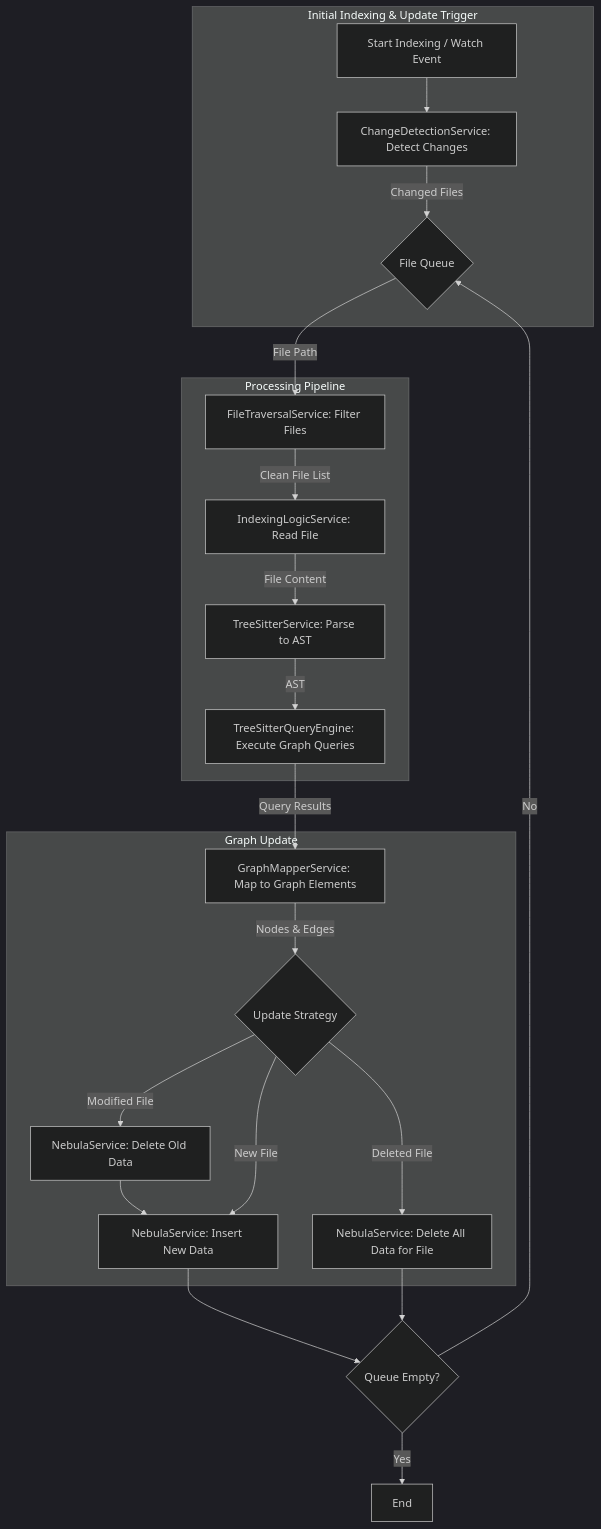
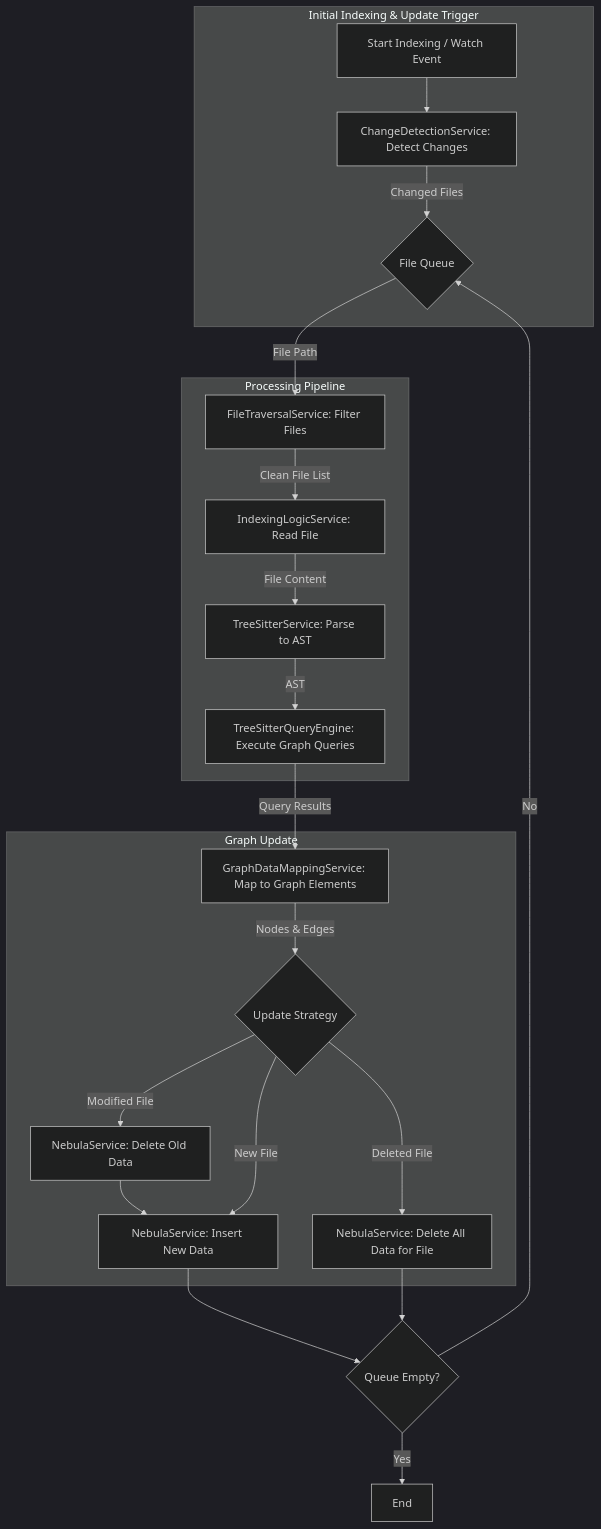
The diagram in docs/plan/graph-index/implementation-guide.md (kkkqkx123/code-search-helper), drawn with Mermaid (dark theme) before and after one commit. The commit also changed other lines of this file and 40 other files, not shown here.

````diff
--- a/docs/plan/graph-index/implementation-guide.md
+++ b/docs/plan/graph-index/implementation-guide.md
@@ -93,28 +94,28 @@
 ```mermaid
 graph TD
     subgraph Initial Indexing & Update Trigger
         A[Start Indexing / Watch Event] --> B[ChangeDetectionService: Detect Changes];
         B -- Changed Files --> C{File Queue};
     end
 
     subgraph Processing Pipeline
         C -- File Path --> D[FileTraversalService: Filter Files];
         D -- Clean File List --> E[IndexingLogicService: Read File];
         E -- File Content --> F[TreeSitterService: Parse to AST];
         F -- AST --> G[TreeSitterQueryEngine: Execute Graph Queries];
     end
     
     subgraph Graph Update
-        G -- Query Results --> H[GraphMapperService: Map to Graph Elements];
+        G -- Query Results --> H[GraphDataMappingService: Map to Graph Elements];
         H -- Nodes & Edges --> I{Update Strategy};
         I -- Modified File --> J[NebulaService: Delete Old Data];
         J --> K[NebulaService: Insert New Data];
         I -- New File --> K;
         I -- Deleted File --> L[NebulaService: Delete All Data for File];
     end
 
     K --> M{Queue Empty?};
     L --> M;
     M -- No --> C;
     M -- Yes --> N[End];
 ```
````
